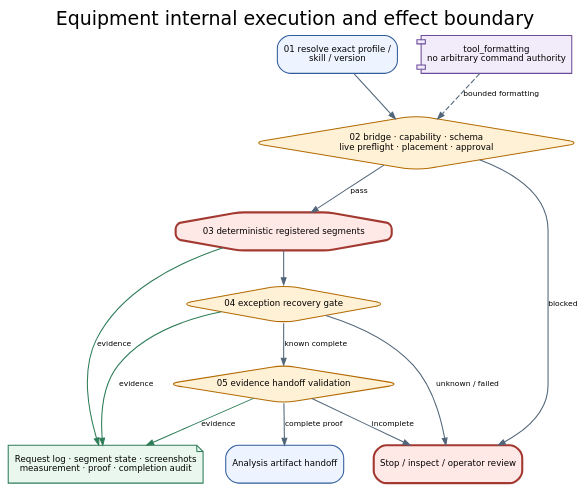
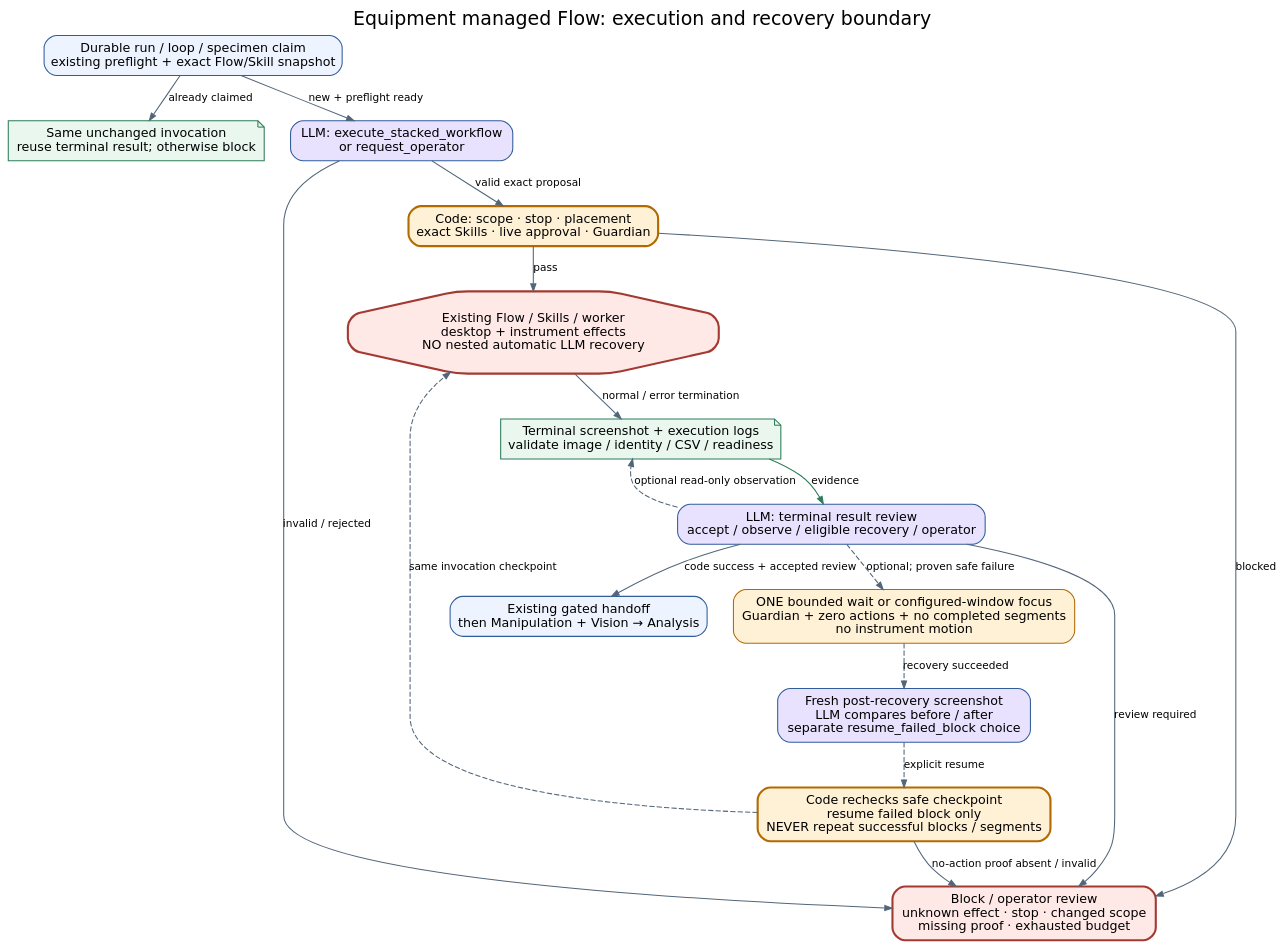
Before and after one commit to JIN9811/autonomous_researcher: the diagram in docs/agents/assets/figures/equipment_02_execution_effect_boundary.dot, drawn with Graphviz. The commit also changed 20 other files, not shown here.

Commit message:
feat(equipment): add bounded multimodal workflow decisions and recovery

```diff
--- a/docs/agents/assets/figures/equipment_02_execution_effect_boundary.dot
+++ b/docs/agents/assets/figures/equipment_02_execution_effect_boundary.dot
@@ -1,26 +1,33 @@
 digraph equipment_execution_effect_boundary {
-  graph [rankdir=TB, bgcolor="transparent", pad="0.25", nodesep="0.30", ranksep="0.45", fontname="DejaVu Sans", label="Equipment internal execution and effect boundary", labelloc="t", fontsize=18];
-  node [shape=box, style="rounded,filled", fillcolor="#EEF4FF", color="#315C9B", fontname="DejaVu Sans", fontsize=8.2, margin="0.09,0.06"];
-  edge [color="#52667A", fontname="DejaVu Sans", fontsize=7.2, arrowsize=0.65];
-  resolve [label="01 resolve exact profile /\nskill / version"];
-  validate [label="02 bridge · capability · schema\nlive preflight · placement · approval", shape=diamond, fillcolor="#FFF1D6", color="#B26A00"];
-  execute [label="03 deterministic registered segments", shape=octagon, fillcolor="#FFE9E7", color="#A33A32", penwidth=2];
-  recover [label="04 exception recovery gate", shape=diamond, fillcolor="#FFF1D6", color="#B26A00"];
-  handoff [label="05 evidence handoff validation", shape=diamond, fillcolor="#FFF1D6", color="#B26A00"];
-  analysis [label="Analysis artifact handoff"];
-  evidence [label="Request log · segment state · screenshots\nmeasurement · proof · completion audit", shape=note, fillcolor="#E9F7EF", color="#2E7D59"];
-  stop [label="Stop / inspect / operator review", fillcolor="#FFE9E7", color="#A33A32", penwidth=2];
-  model [label="tool_formatting\nno arbitrary command authority", shape=component, fillcolor="#F2ECFA", color="#6B4C9A"];
-  resolve -> validate;
-  model -> validate [style=dashed, label="bounded formatting"];
-  validate -> execute [label="pass"];
-  validate -> stop [label="blocked"];
-  execute -> recover;
-  recover -> handoff [label="known complete"];
-  recover -> stop [label="unknown / failed"];
-  handoff -> analysis [label="complete proof"];
-  handoff -> stop [label="incomplete"];
-  execute -> evidence [label="evidence", color="#2E7D59"];
-  recover -> evidence [label="evidence", color="#2E7D59"];
-  handoff -> evidence [label="evidence", color="#2E7D59"];
+  graph [rankdir=TB, bgcolor="transparent", pad="0.25", nodesep="0.35", ranksep="0.45", fontname="DejaVu Sans", label="Equipment managed Flow: execution and recovery boundary", labelloc="t", fontsize=18];
+  node [shape=box, style="rounded,filled", fillcolor="#EEF4FF", color="#315C9B", fontname="DejaVu Sans", fontsize=12, margin="0.12,0.09"];
+  edge [color="#52667A", fontname="DejaVu Sans", fontsize=10, arrowsize=0.7];
+  claim [label="Durable run / loop / specimen claim\nexisting preflight + exact Flow/Skill snapshot"];
+  cached [label="Same unchanged invocation\nreuse terminal result; otherwise block", shape=note, fillcolor="#E9F7EF", color="#2E7D59"];
+  select [label="LLM: execute_stacked_workflow\nor request_operator", fillcolor="#E8E2FF"];
+  gate [label="Code: scope · stop · placement\nexact Skills · live approval · Guardian", fillcolor="#FFF1D6", color="#B26A00", penwidth=2];
+  run [label="Existing Flow / Skills / worker\ndesktop + instrument effects\nNO nested automatic LLM recovery", shape=octagon, fillcolor="#FFE9E7", color="#A33A32", penwidth=2];
+  screen [label="Terminal screenshot + execution logs\nvalidate image / identity / CSV / readiness", shape=note, fillcolor="#E9F7EF", color="#2E7D59"];
+  judge [label="LLM: terminal result review\naccept / observe / eligible recovery / operator", fillcolor="#E8E2FF"];
+  recovery [label="ONE bounded wait or configured-window focus\nGuardian + zero actions + no completed segments\nno instrument motion", fillcolor="#FFF1D6", color="#B26A00"];
+  rejudge [label="Fresh post-recovery screenshot\nLLM compares before / after\nseparate resume_failed_block choice", fillcolor="#E8E2FF"];
+  resume [label="Code rechecks safe checkpoint\nresume failed block only\nNEVER repeat successful blocks / segments", fillcolor="#FFF1D6", color="#B26A00", penwidth=2];
+  handoff [label="Existing gated handoff\nthen Manipulation + Vision → Analysis"];
+  stop [label="Block / operator review\nunknown effect · stop · changed scope\nmissing proof · exhausted budget", fillcolor="#FFE9E7", color="#A33A32", penwidth=2];
+  claim -> cached [label="already claimed"];
+  claim -> select [label="new + preflight ready"];
+  select -> gate [label="valid exact proposal"];
+  select -> stop [label="invalid / rejected"];
+  gate -> run [label="pass"];
+  gate -> stop [label="blocked"];
+  run -> screen [label="normal / error termination"];
+  screen -> judge [label="evidence", color="#2E7D59"];
+  judge -> handoff [label="code success + accepted review"];
+  judge -> screen [style=dashed, label="optional read-only observation"];
+  judge -> recovery [style=dashed, label="optional; proven safe failure"];
+  recovery -> rejudge [style=dashed, label="recovery succeeded"];
+  rejudge -> resume [style=dashed, label="explicit resume"];
+  resume -> run [style=dashed, label="same invocation checkpoint"];
+  judge -> stop [label="review required"];
+  resume -> stop [label="no-action proof absent / invalid"];
 }
```
